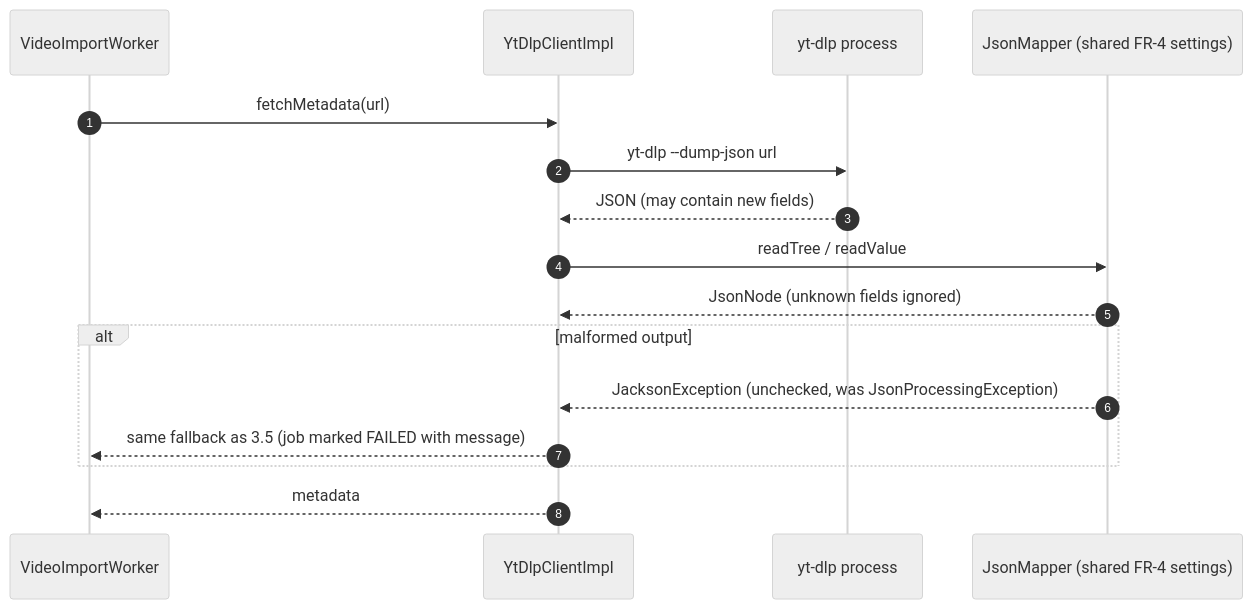
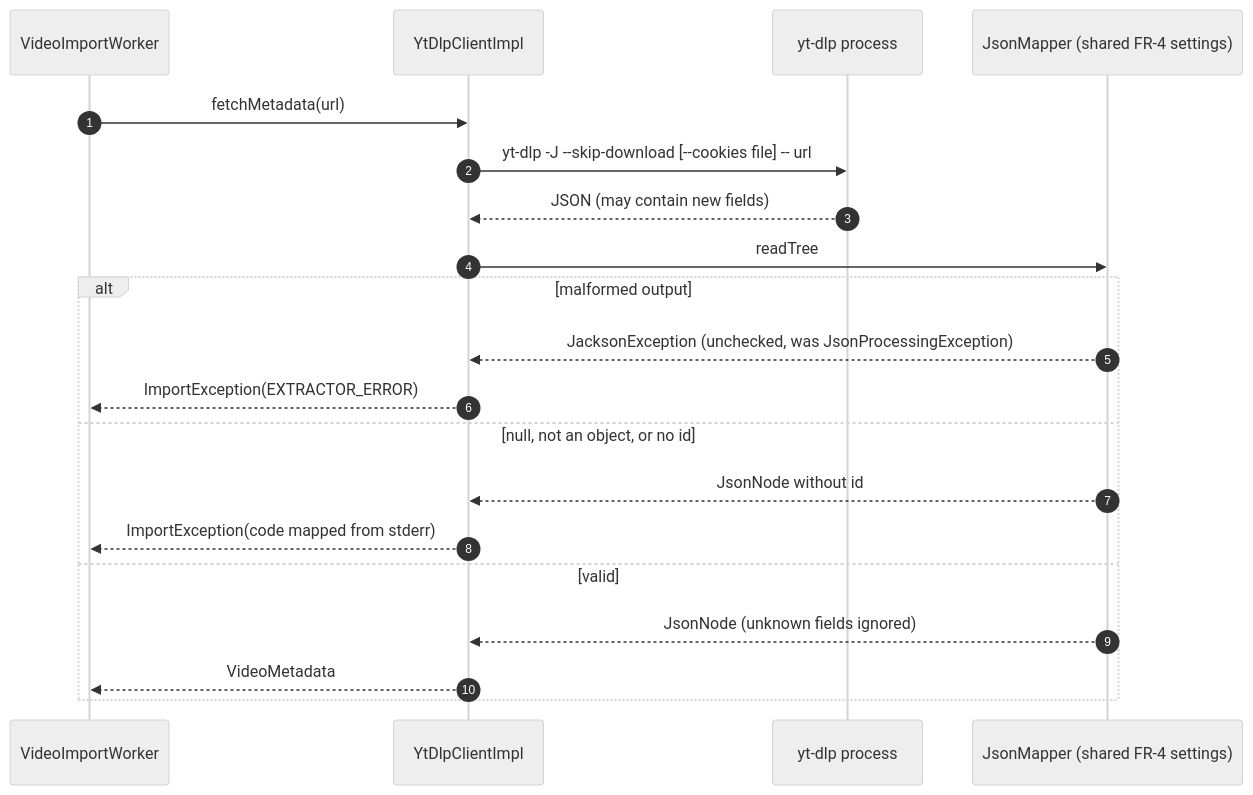
The fifth of 6 diagrams in docs/sequence/sequence-spring-boot-4-upgrade.md (nguyenhuuca/assessment), drawn with Mermaid (neutral theme) before and after one commit. The commit also changed other lines of this file and 16 other files, not shown here.

First line of the commit message:
docs(sequence): bring all sequence diagrams in line with the current code

````diff
--- a/docs/sequence/sequence-spring-boot-4-upgrade.md
+++ b/docs/sequence/sequence-spring-boot-4-upgrade.md
@@ -121,19 +121,23 @@
 ```mermaid
 sequenceDiagram
     autonumber
     participant W as VideoImportWorker
     participant Y as YtDlpClientImpl
     participant P as yt-dlp process
     participant M as JsonMapper (shared FR-4 settings)
 
     W->>Y: fetchMetadata(url)
-    Y->>P: yt-dlp --dump-json url
+    Y->>P: yt-dlp -J --skip-download [--cookies file] -- url
     P-->>Y: JSON (may contain new fields)
-    Y->>M: readTree / readValue
-    M-->>Y: JsonNode (unknown fields ignored)
+    Y->>M: readTree
     alt malformed output
         M-->>Y: JacksonException (unchecked, was JsonProcessingException)
-        Y-->>W: same fallback as 3.5 (job marked FAILED with message)
+        Y-->>W: ImportException(EXTRACTOR_ERROR)
+    else null, not an object, or no id
+        M-->>Y: JsonNode without id
+        Y-->>W: ImportException(code mapped from stderr)
+    else valid
+        M-->>Y: JsonNode (unknown fields ignored)
+        Y-->>W: VideoMetadata
     end
-    Y-->>W: metadata
 ```
````
